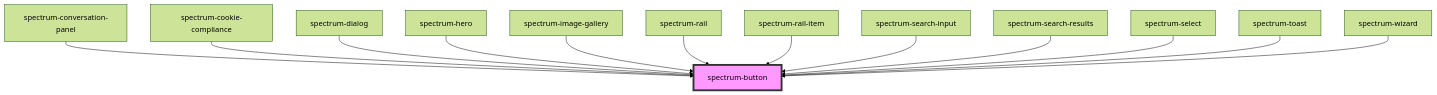
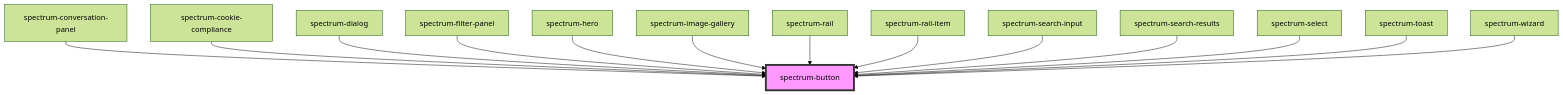
One commit to emamirelar/spectrum changed the diagram in packages/core/src/components/spectrum-button/readme.md. Above: the diagram before and after it, drawn with Mermaid (forest theme). The commit also changed other lines of this file and 121 other files, not shown here.

````diff
--- a/packages/core/src/components/spectrum-button/readme.md
+++ b/packages/core/src/components/spectrum-button/readme.md
@@ -81,16 +82,17 @@
 ```mermaid
 graph TD;
   spectrum-conversation-panel --> spectrum-button
   spectrum-cookie-compliance --> spectrum-button
   spectrum-dialog --> spectrum-button
+  spectrum-filter-panel --> spectrum-button
   spectrum-hero --> spectrum-button
   spectrum-image-gallery --> spectrum-button
   spectrum-rail --> spectrum-button
   spectrum-rail-item --> spectrum-button
   spectrum-search-input --> spectrum-button
   spectrum-search-results --> spectrum-button
   spectrum-select --> spectrum-button
   spectrum-toast --> spectrum-button
   spectrum-wizard --> spectrum-button
   style spectrum-button fill:#f9f,stroke:#333,stroke-width:4px
 ```
````
